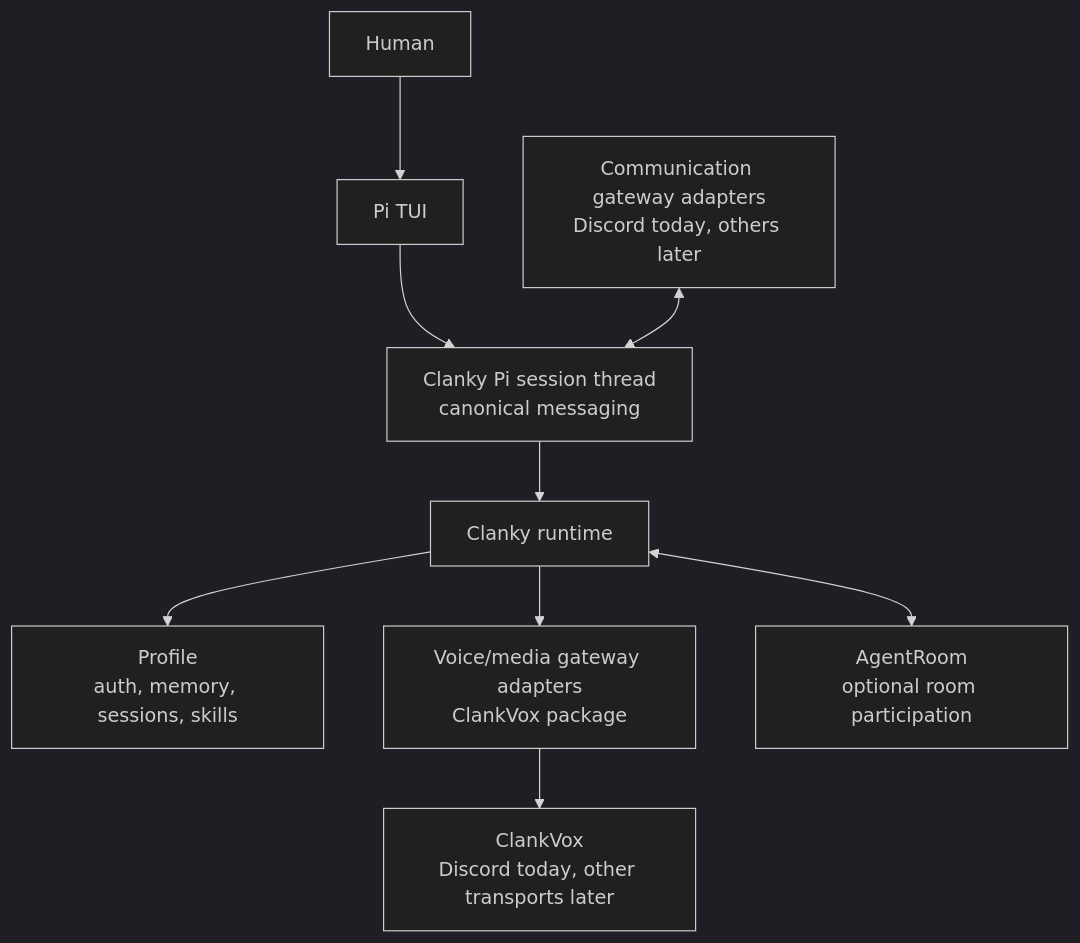
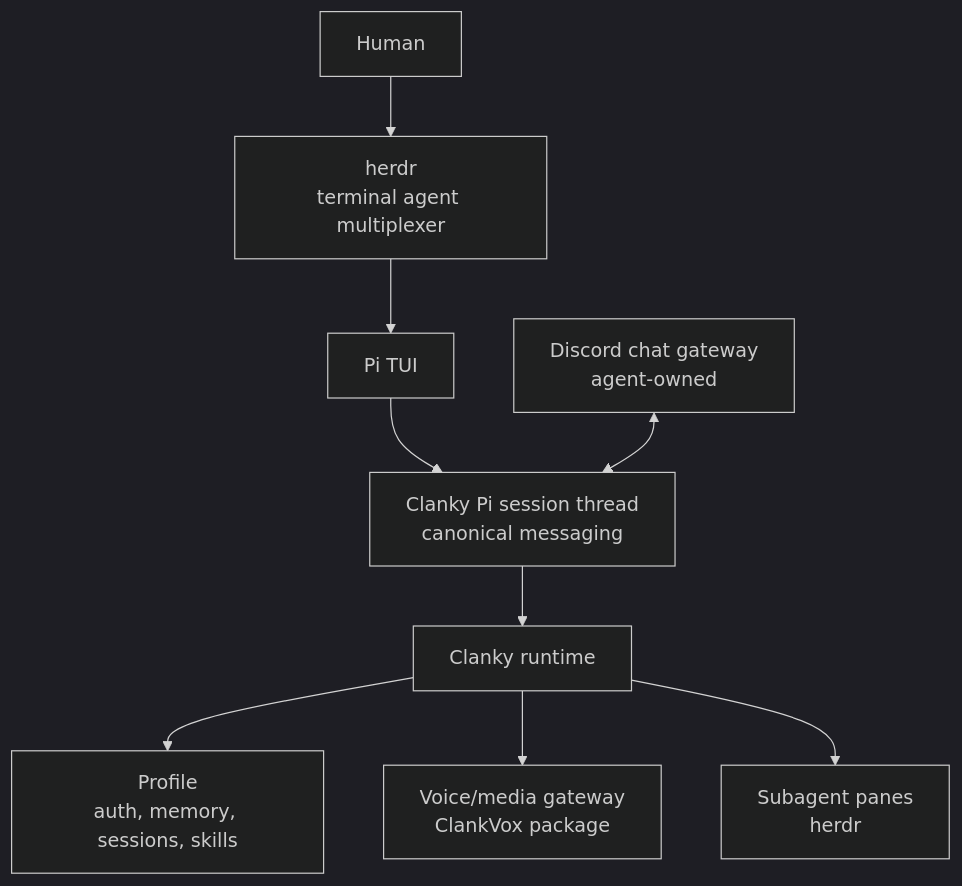
One commit to Volpestyle/clanky changed the diagram in README.md. Above: the diagram before and after it, drawn with Mermaid (dark theme). The commit also changed other lines of this file and 20 other files, not shown here.

First line of the commit message:
Retire AgentRoom from docs and add Clanky+herdr roadmap

````diff
--- a/README.md
+++ b/README.md
@@ -64,21 +54,21 @@
 ```mermaid
 flowchart TB
   user["Human"]
+  herdr["herdr<br/>terminal agent multiplexer"]
   tui["Pi TUI"]
   thread["Clanky Pi session thread<br/>canonical messaging"]
   clanky["Clanky runtime"]
   profile["Profile<br/>auth, memory, sessions, skills"]
-  chat["Communication gateway adapters<br/>Discord today, others later"]
-  voice["Voice/media gateway adapters<br/>ClankVox package"]
-  vox["ClankVox<br/>Discord today, other transports later"]
-  room["AgentRoom<br/>optional room participation"]
+  chat["Discord chat gateway<br/>agent-owned"]
+  voice["Voice/media gateway<br/>ClankVox package"]
+  subagents["Subagent panes<br/>herdr"]
 
-  user --> tui
+  user --> herdr
+  herdr --> tui
   tui --> thread
   thread --> clanky
   clanky --> profile
   chat <--> thread
   clanky --> voice
-  voice --> vox
-  clanky <--> room
+  clanky --> subagents
 ```
````
